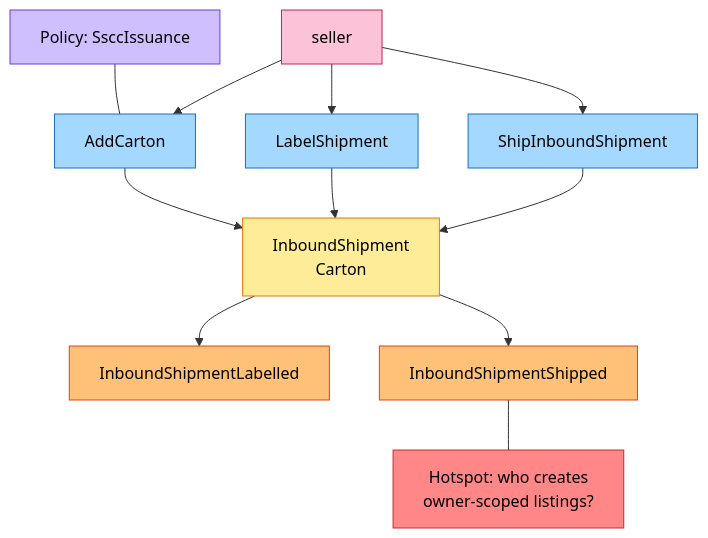
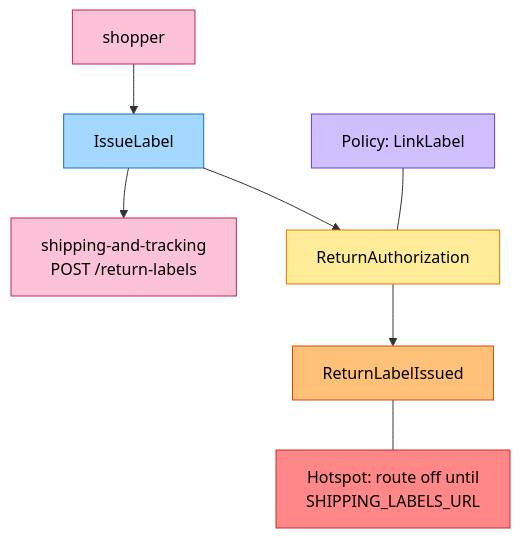
The second of 3 diagrams in docs/docs/ddd/eventstorming.md (IQVO/customer-returns), drawn with Mermaid before and after one commit. The commit also changed other lines of this file and 13 other files, not shown here.

````diff
--- a/docs/docs/ddd/eventstorming.md
+++ b/docs/docs/ddd/eventstorming.md
@@ -54,24 +58,20 @@
 ```mermaid
 flowchart TB
-    S["seller"]:::external
-    C2["AddCarton"]:::command
-    P1["Policy: SsccIssuance"]:::policy
-    G2["InboundShipment<br/>Carton"]:::aggregate
-    C3["LabelShipment"]:::command
-    E2["InboundShipmentLabelled"]:::event
-    C4["ShipInboundShipment"]:::command
-    E3["InboundShipmentShipped"]:::event
-    H1["Hotspot: who creates<br/>owner-scoped listings?"]:::hotspot
-    S --> C2 --> G2
-    P1 --- C2
-    S --> C3 --> G2 --> E2
-    S --> C4 --> G2 --> E3
-    E3 --- H1
+    S["shopper"]:::external
+    C2["IssueLabel"]:::command
+    X1["shipping-and-tracking<br/>POST /return-labels"]:::external
+    P1["Policy: LinkLabel"]:::policy
+    G2["ReturnAuthorization"]:::aggregate
+    E2["ReturnLabelIssued"]:::event
+    H1["Hotspot: route off until<br/>SHIPPING_LABELS_URL"]:::hotspot
+    S --> C2 --> G2 --> E2
+    C2 --> X1
+    P1 --- G2
+    E2 --- H1
     classDef command fill:#a5d8ff,stroke:#1971c2,color:#000
     classDef aggregate fill:#ffec99,stroke:#e67700,color:#000
     classDef event fill:#ffc078,stroke:#d9480f,color:#000
     classDef policy fill:#d0bfff,stroke:#6741d9,color:#000
-    classDef readmodel fill:#b2f2bb,stroke:#2f9e44,color:#000
     classDef external fill:#fcc2d7,stroke:#c2255c,color:#000
     classDef hotspot fill:#ff8787,stroke:#c92a2a,color:#000
 ```
````
